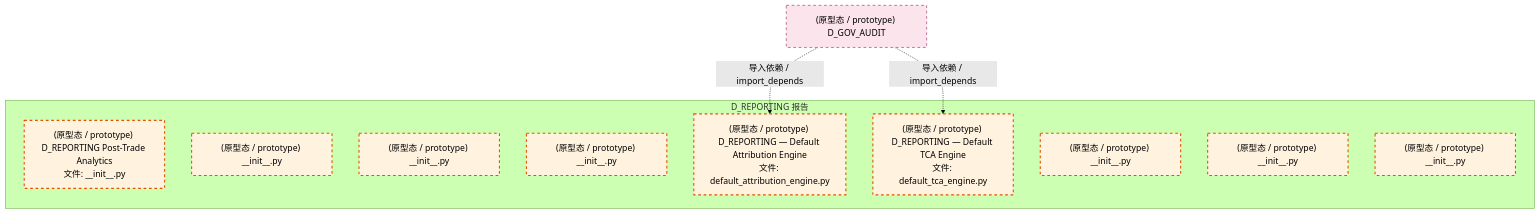
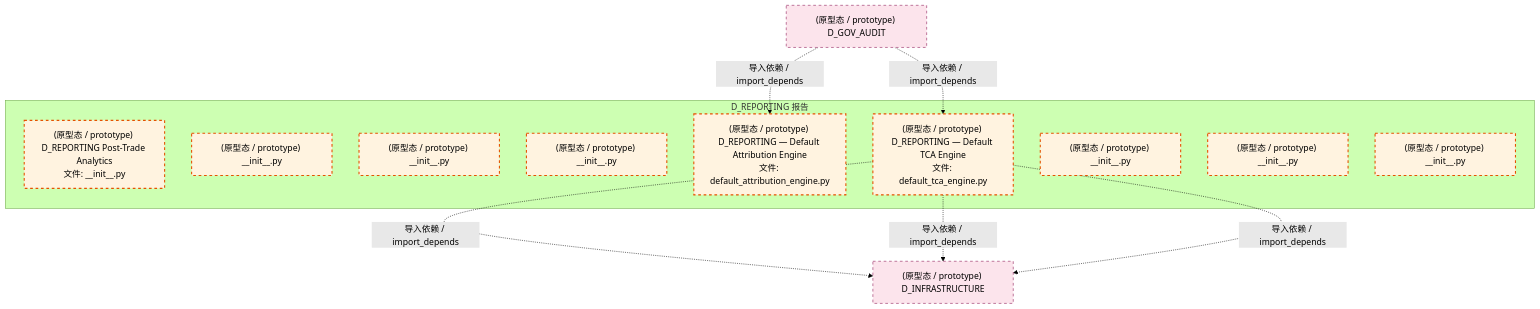
One commit to xuanFelixVan/ZephyrAlpha changed the third of 4 diagrams in docs/02_enterprise_architecture/02_domain_architecture_docs/21_d_reporting.md. Above: the diagram before and after it, drawn with Mermaid (forest theme). The commit also changed other lines of this file and 112 other files, not shown here.

````diff
--- a/docs/02_enterprise_architecture/02_domain_architecture_docs/21_d_reporting.md
+++ b/docs/02_enterprise_architecture/02_domain_architecture_docs/21_d_reporting.md
@@ -133,23 +144,27 @@
 ```mermaid
 graph TD
     subgraph D_REPORTING["D_REPORTING 报告"]
         src_zephyr_reporting_init_py["(原型态 / prototype) D_REPORTING Post-Trade Analytics<br/>文件: __init__.py"]
         src_zephyr_reporting_extensions_init_py["(原型态 / prototype) __init__.py"]
         src_zephyr_reporting_api_init_py["(原型态 / prototype) __init__.py"]
         src_zephyr_reporting_core_init_py["(原型态 / prototype) __init__.py"]
         src_zephyr_reporting_default_attribution_engine_py["(原型态 / prototype) D_REPORTING — Default Attribution Engine<br/>文件: default_attribution_engine.py"]
         src_zephyr_reporting_default_tca_engine_py["(原型态 / prototype) D_REPORTING — Default TCA Engine<br/>文件: default_tca_engine.py"]
         src_zephyr_reporting_infrastructure_init_py["(原型态 / prototype) __init__.py"]
         src_zephyr_reporting_models_init_py["(原型态 / prototype) __init__.py"]
         src_zephyr_reporting_services_init_py["(原型态 / prototype) __init__.py"]
     end
+    D_INFRASTRUCTURE["(原型态 / prototype) D_INFRASTRUCTURE"]
+    src_zephyr_reporting_default_tca_engine_py -.->|导入依赖 / import_depends| D_INFRASTRUCTURE
+    src_zephyr_reporting_default_tca_engine_py -.->|导入依赖 / import_depends| D_INFRASTRUCTURE
+    src_zephyr_reporting_default_tca_engine_py -.->|导入依赖 / import_depends| D_INFRASTRUCTURE
     D_GOV_AUDIT["(原型态 / prototype) D_GOV_AUDIT"]
     D_GOV_AUDIT -.->|导入依赖 / import_depends| src_zephyr_reporting_default_attribution_engine_py
     D_GOV_AUDIT -.->|导入依赖 / import_depends| src_zephyr_reporting_default_tca_engine_py
     classDef production fill:#e1f5fe,stroke:#01579b,stroke-width:2px,color:#000
     classDef design fill:#fff3e0,stroke:#e65100,stroke-width:2px,color:#000,stroke-dasharray: 5 5
     classDef external_prod fill:#e8f5e9,stroke:#1b5e20,stroke-width:1px,color:#000
     classDef external_design fill:#fce4ec,stroke:#880e4f,stroke-width:1px,color:#000,stroke-dasharray: 5 5
     class src_zephyr_reporting_init_py,src_zephyr_reporting_extensions_init_py,src_zephyr_reporting_api_init_py,src_zephyr_reporting_core_init_py,src_zephyr_reporting_default_attribution_engine_py,src_zephyr_reporting_default_tca_engine_py,src_zephyr_reporting_infrastructure_init_py,src_zephyr_reporting_models_init_py,src_zephyr_reporting_services_init_py design
-    class D_GOV_AUDIT external_design
+    class D_INFRASTRUCTURE,D_GOV_AUDIT external_design
 ```
````
